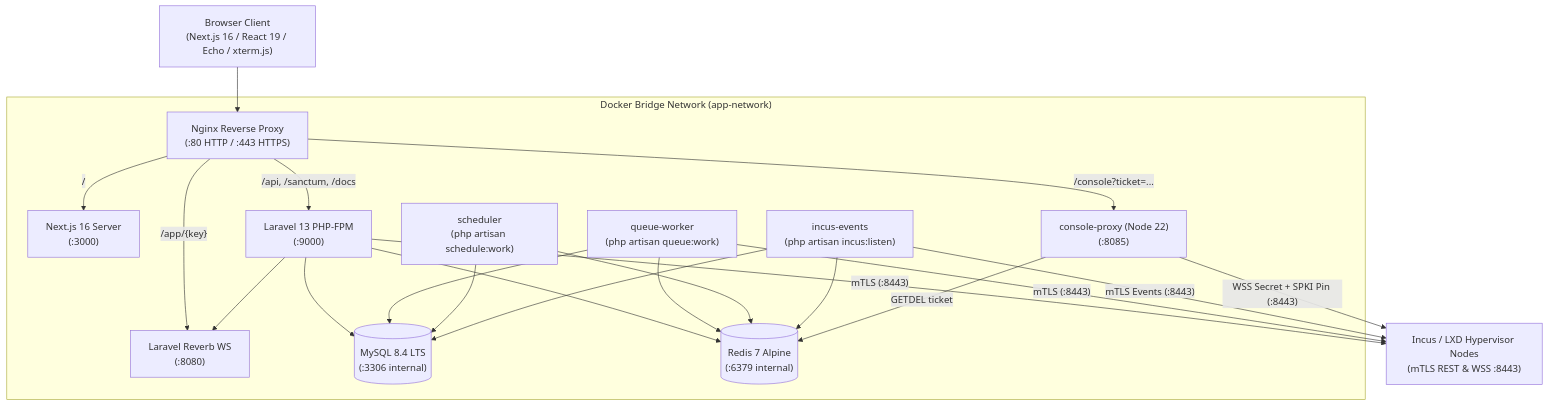
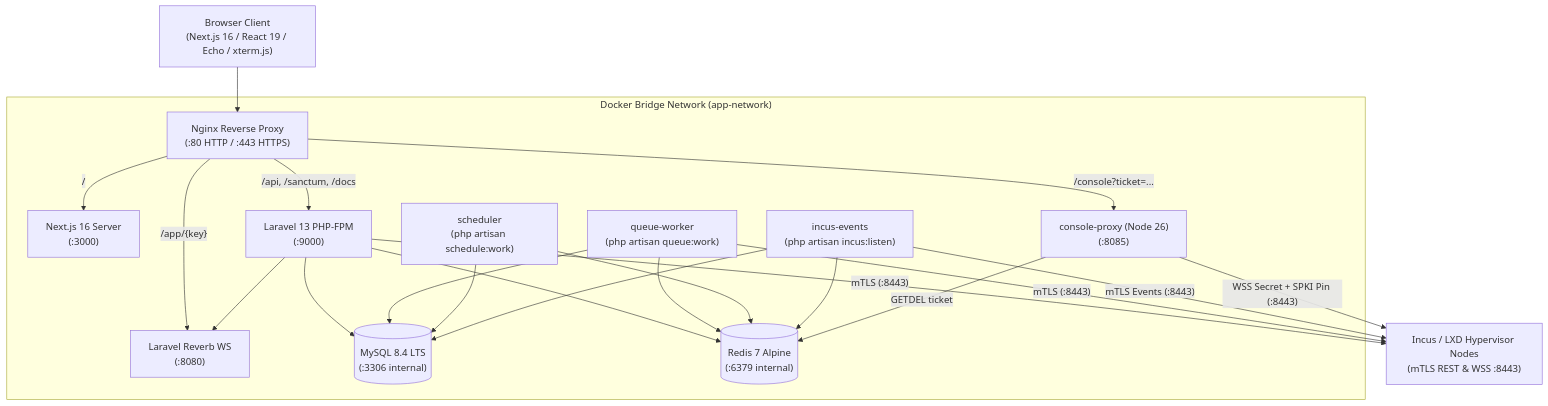
One commit to schmasterz/ognivo changed the first of 2 diagrams in docs/architecture/overview.md. Above: the diagram before and after it, drawn with Mermaid. The commit also changed other lines of this file and 8 other files, not shown here.

````diff
--- a/docs/architecture/overview.md
+++ b/docs/architecture/overview.md
@@ -15,41 +15,41 @@
 ```mermaid
 flowchart TB
     Browser["Browser Client<br/>(Next.js 16 / React 19 / Echo / xterm.js)"]
 
     subgraph Docker["Docker Bridge Network (app-network)"]
         Nginx["Nginx Reverse Proxy<br/>(:80 HTTP / :443 HTTPS)"]
         Frontend["Next.js 16 Server<br/>(:3000)"]
         Backend["Laravel 13 PHP-FPM<br/>(:9000)"]
         Reverb["Laravel Reverb WS<br/>(:8080)"]
-        ConsoleProxy["console-proxy (Node 22)<br/>(:8085)"]
+        ConsoleProxy["console-proxy (Node 26)<br/>(:8085)"]
         Queue["queue-worker<br/>(php artisan queue:work)"]
         Scheduler["scheduler<br/>(php artisan schedule:work)"]
         IncusEvents["incus-events<br/>(php artisan incus:listen)"]
         MySQL[("MySQL 8.4 LTS<br/>(:3306 internal)")]
         Redis[("Redis 7 Alpine<br/>(:6379 internal)")]
     end
 
     Incus["Incus / LXD Hypervisor Nodes<br/>(mTLS REST & WSS :8443)"]
 
     Browser --> Nginx
     Nginx -->|"/"| Frontend
     Nginx -->|"/api, /sanctum, /docs"| Backend
     Nginx -->|"/app/{key}"| Reverb
     Nginx -->|"/console?ticket=..."| ConsoleProxy
 
     Backend --> MySQL
     Backend --> Redis
     Backend --> Reverb
     Queue --> MySQL
     Queue --> Redis
     Scheduler --> MySQL
     Scheduler --> Redis
     IncusEvents --> MySQL
     IncusEvents --> Redis
 
     ConsoleProxy -->|"GETDEL ticket"| Redis
     Backend -->|"mTLS (:8443)"| Incus
     Queue -->|"mTLS (:8443)"| Incus
     IncusEvents -->|"mTLS Events (:8443)"| Incus
     ConsoleProxy -->|"WSS Secret + SPKI Pin (:8443)"| Incus
 ```
````
